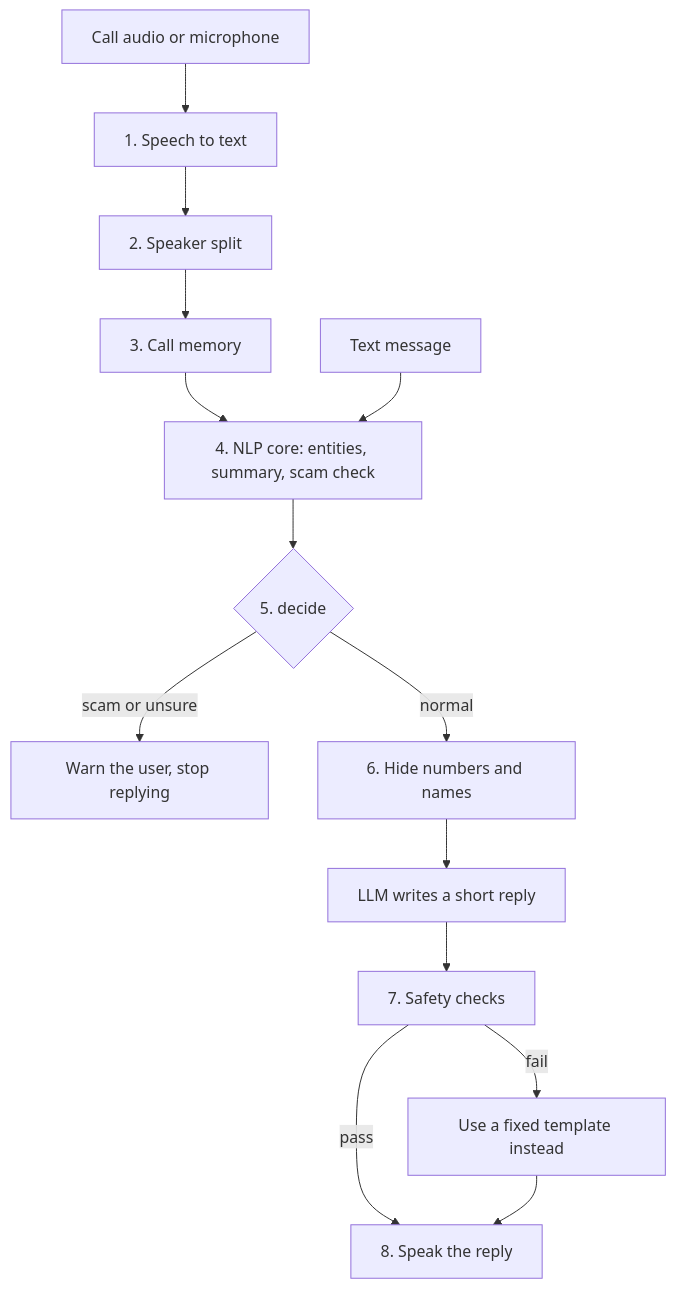
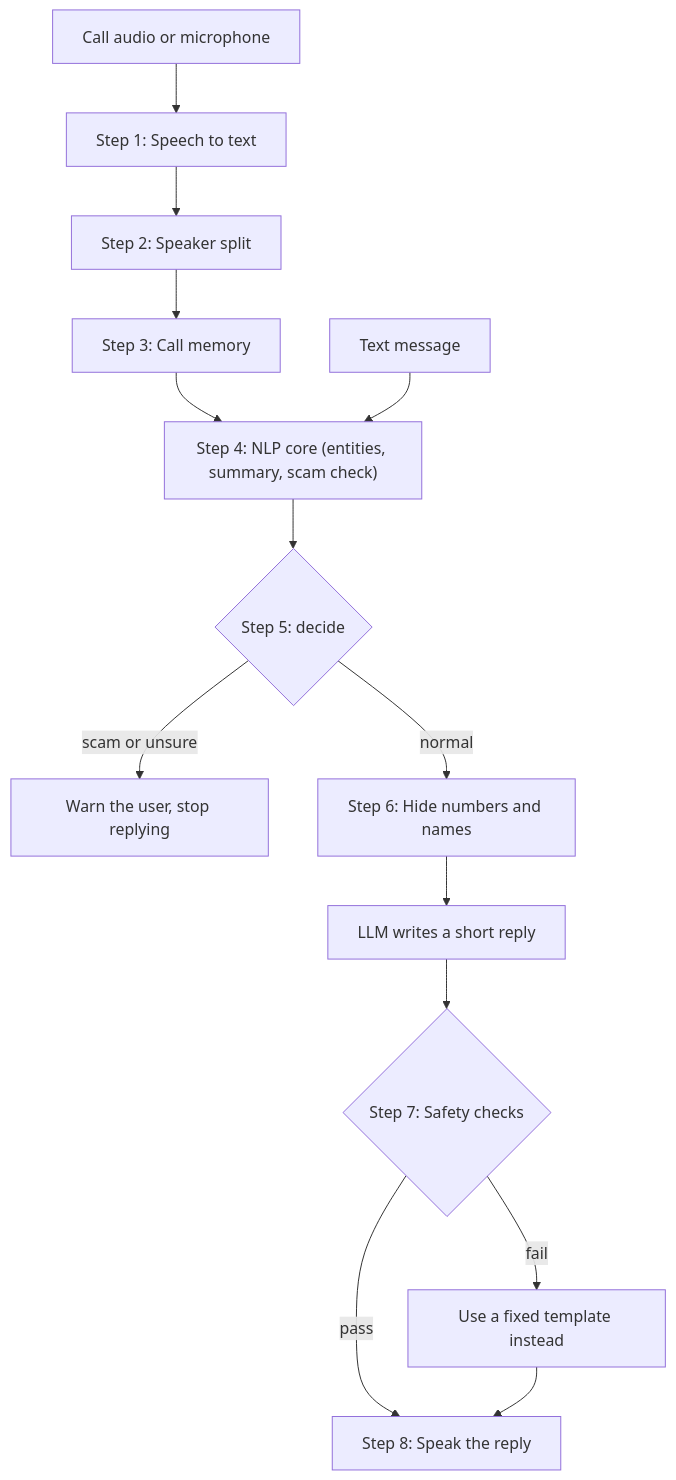
The diagram in docs/how-it-works.md (ZenithGeeks/Callas), drawn with Mermaid before and after one commit.

Commit message:
Fix the flowchart in how-it-works so GitHub renders it
Labels that start with "1." are read as a Markdown list and fail to parse. Quote every label and write "Step 1:" instead.

````diff
--- a/docs/how-it-works.md
+++ b/docs/how-it-works.md
@@ -24,16 +24,16 @@
 ```mermaid
 flowchart TD
-    A[Call audio or microphone] --> B[1. Speech to text]
-    B --> C[2. Speaker split]
-    C --> D[3. Call memory]
-    D --> E[4. NLP core: entities, summary, scam check]
-    E --> F{5. decide}
-    F -->|scam or unsure| G[Warn the user, stop replying]
-    F -->|normal| H[6. Hide numbers and names]
-    H --> I[LLM writes a short reply]
-    I --> J[7. Safety checks]
-    J -->|pass| K[8. Speak the reply]
-    J -->|fail| L[Use a fixed template instead]
+    A["Call audio or microphone"] --> B["Step 1: Speech to text"]
+    B --> C["Step 2: Speaker split"]
+    C --> D["Step 3: Call memory"]
+    D --> E["Step 4: NLP core (entities, summary, scam check)"]
+    E --> F{"Step 5: decide"}
+    F -->|"scam or unsure"| G["Warn the user, stop replying"]
+    F -->|"normal"| H["Step 6: Hide numbers and names"]
+    H --> I["LLM writes a short reply"]
+    I --> J{"Step 7: Safety checks"}
+    J -->|"pass"| K["Step 8: Speak the reply"]
+    J -->|"fail"| L["Use a fixed template instead"]
     L --> K
-    M[Text message] --> E
+    M["Text message"] --> E
 ```
````
